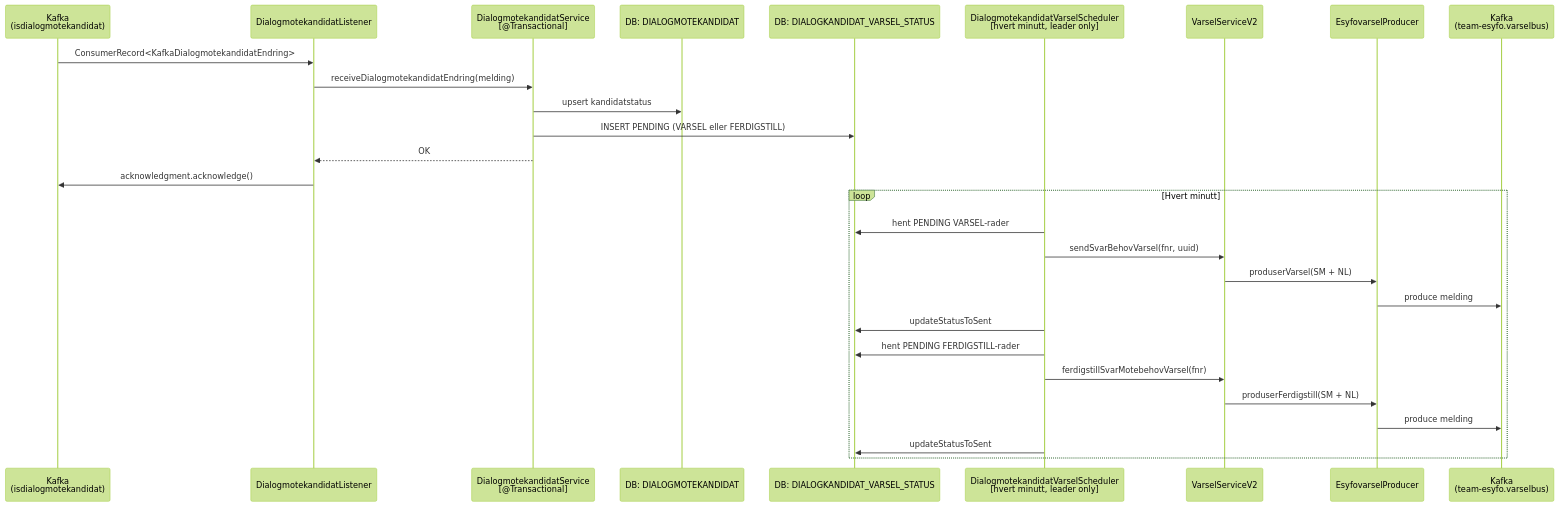
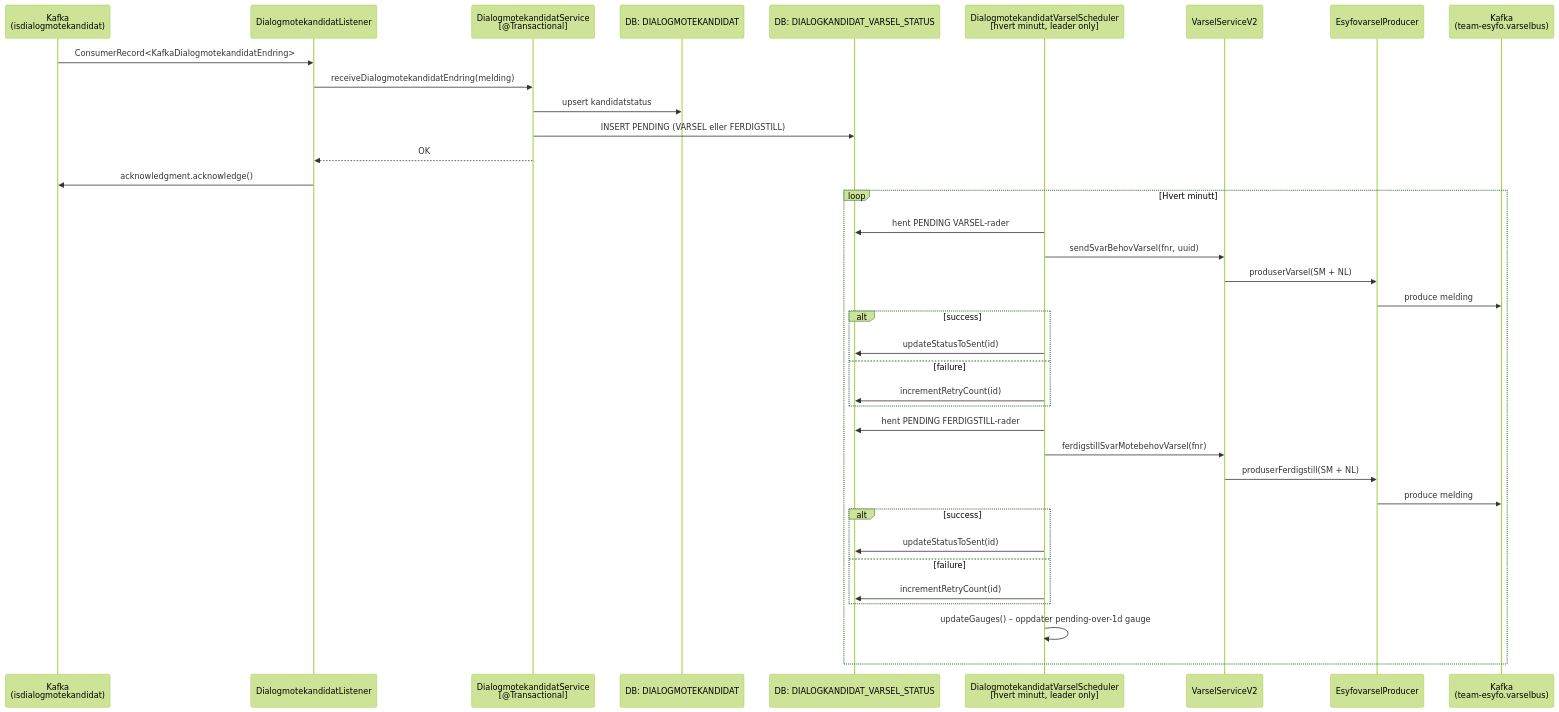
One commit to navikt/syfomotebehov changed the first of 4 diagrams in docs/dialogmotekandidat-varsel-flow.md. Above: the diagram before and after it, drawn with Mermaid (forest theme). The commit also changed other lines of this file, not shown here.

Commit message:
docs(dialogmotekandidat): fix sequence diagram failure branch and add topic name

````diff
--- a/docs/dialogmotekandidat-varsel-flow.md
+++ b/docs/dialogmotekandidat-varsel-flow.md
@@ -28,33 +28,43 @@
 ```mermaid
 sequenceDiagram
     participant K as Kafka<br/>(isdialogmotekandidat)
     participant L as DialogmotekandidatListener
     participant S as DialogmotekandidatService<br/>[@Transactional]
     participant DB_K as DB: DIALOGMOTEKANDIDAT
     participant DB_V as DB: DIALOGKANDIDAT_VARSEL_STATUS
     participant Sched as DialogmotekandidatVarselScheduler<br/>[hvert minutt, leader only]
     participant VS as VarselServiceV2
     participant EP as EsyfovarselProducer
     participant KB as Kafka<br/>(team-esyfo.varselbus)
 
     K->>L: ConsumerRecord<KafkaDialogmotekandidatEndring>
     L->>S: receiveDialogmotekandidatEndring(melding)
     S->>DB_K: upsert kandidatstatus
     S->>DB_V: INSERT PENDING (VARSEL eller FERDIGSTILL)
     S-->>L: OK
     L->>K: acknowledgment.acknowledge()
 
     loop Hvert minutt
         Sched->>DB_V: hent PENDING VARSEL-rader
         Sched->>VS: sendSvarBehovVarsel(fnr, uuid)
         VS->>EP: produserVarsel(SM + NL)
         EP->>KB: produce melding
-        Sched->>DB_V: updateStatusToSent
+        alt success
+            Sched->>DB_V: updateStatusToSent(id)
+        else failure
+            Sched->>DB_V: incrementRetryCount(id)
+        end
 
         Sched->>DB_V: hent PENDING FERDIGSTILL-rader
         Sched->>VS: ferdigstillSvarMotebehovVarsel(fnr)
         VS->>EP: produserFerdigstill(SM + NL)
         EP->>KB: produce melding
-        Sched->>DB_V: updateStatusToSent
+        alt success
+            Sched->>DB_V: updateStatusToSent(id)
+        else failure
+            Sched->>DB_V: incrementRetryCount(id)
+        end
+
+        Sched->>Sched: updateGauges() – oppdater pending-over-1d gauge
     end
 ```
````
